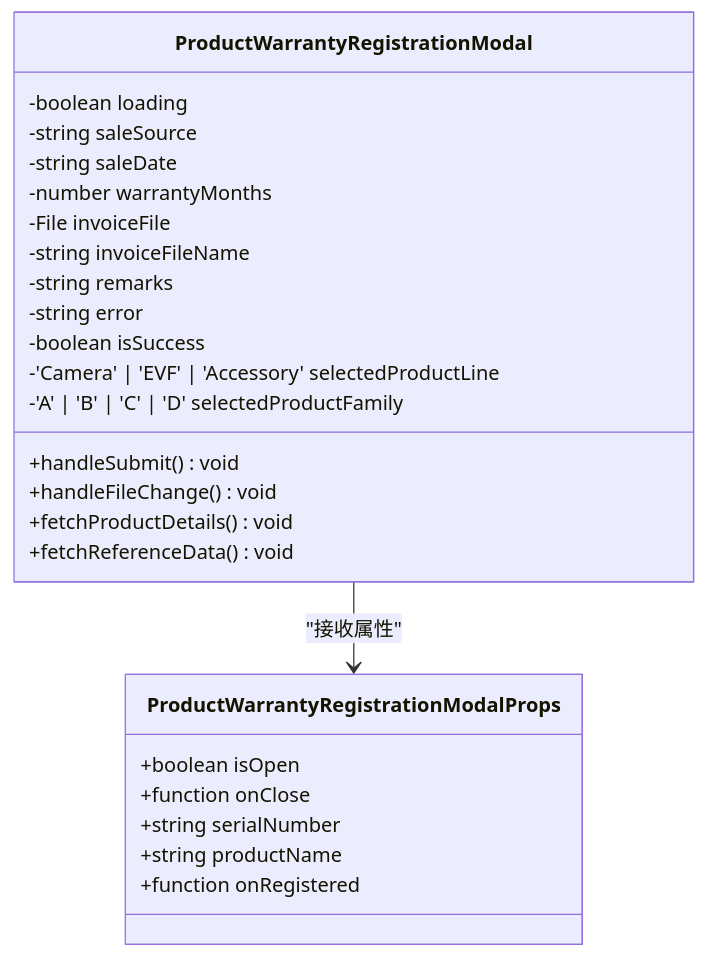
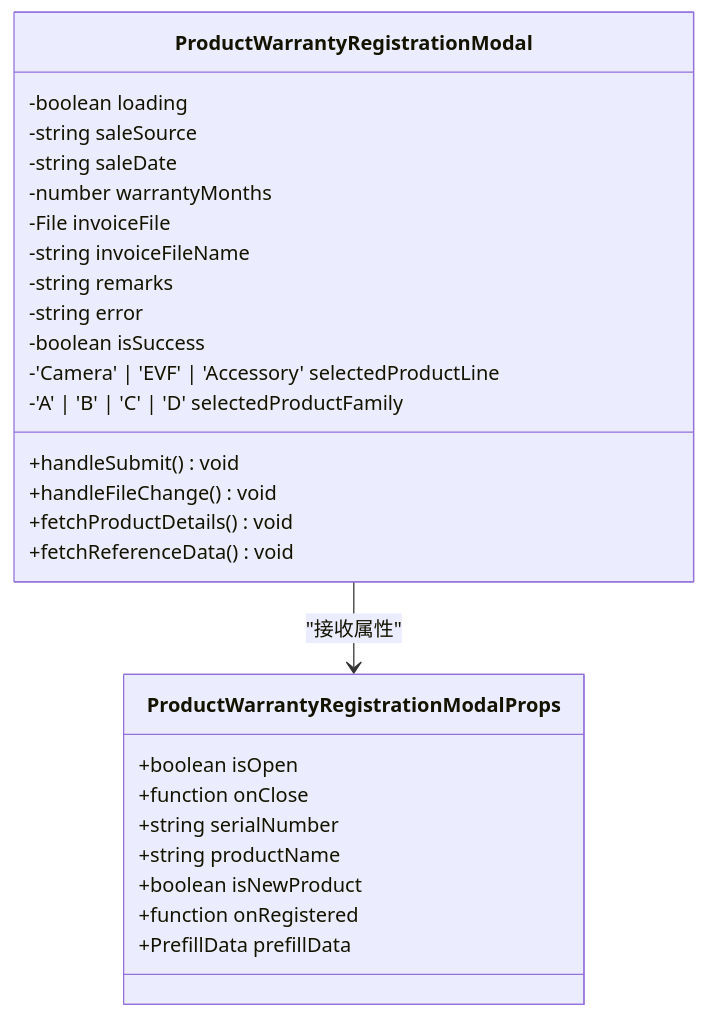
Before and after one commit to CubeEdge/Longhorn: the second of 13 diagrams in .qoder/repowiki/zh/content/前端组件架构/保修注册模态框组件.md, drawn with Mermaid. The commit also changed other lines of this file and 118 other files, not shown here.

````diff
--- a/.qoder/repowiki/zh/content/前端组件架构/保修注册模态框组件.md
+++ b/.qoder/repowiki/zh/content/前端组件架构/保修注册模态框组件.md
@@ -100,28 +105,30 @@
 ```mermaid
 classDiagram
 class ProductWarrantyRegistrationModalProps {
 +boolean isOpen
 +function onClose
 +string serialNumber
 +string productName
++boolean isNewProduct
 +function onRegistered
++PrefillData prefillData
 }
 class ProductWarrantyRegistrationModal {
 -boolean loading
 -string saleSource
 -string saleDate
 -number warrantyMonths
 -File invoiceFile
 -string invoiceFileName
 -string remarks
 -string error
 -boolean isSuccess
 -'Camera' | 'EVF' | 'Accessory' selectedProductLine
 -'A' | 'B' | 'C' | 'D' selectedProductFamily
 +handleSubmit() void
 +handleFileChange() void
 +fetchProductDetails() void
 +fetchReferenceData() void
 }
 ProductWarrantyRegistrationModal --> ProductWarrantyRegistrationModalProps : "接收属性"
 ```
````
